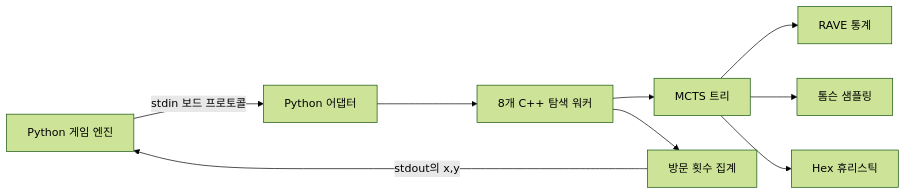
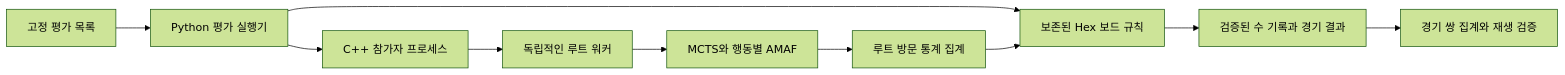
One commit to Dongmyung378/AI-and-Games changed the diagram in README.ko.md. Above: the diagram before and after it, drawn with Mermaid (forest theme). The commit also changed other lines of this file and 1191 other files, not shown here.

````diff
--- a/README.ko.md
+++ b/README.ko.md
@@ -35,11 +59,12 @@
 ```mermaid
 flowchart LR
-    A[Python 게임 엔진] -->|stdin 보드 프로토콜| B[Python 어댑터]
-    B --> C[8개 C++ 탐색 워커]
-    C --> D[MCTS 트리]
-    D --> E[RAVE 통계]
-    D --> F[톰슨 샘플링]
-    D --> G[Hex 휴리스틱]
-    C --> H[방문 횟수 집계]
-    H -->|stdout의 x,y| A
+    A[고정 평가 목록] --> B[Python 평가 실행기]
+    B --> C[보존된 Hex 보드 규칙]
+    B --> D[C++ 참가자 프로세스]
+    D --> E[독립적인 루트 워커]
+    E --> F[MCTS와 행동별 AMAF]
+    F --> G[루트 방문 통계 집계]
+    G --> C
+    C --> H[검증된 수 기록과 경기 결과]
+    H --> I[경기 쌍 집계와 재생 검증]
 ```
````
